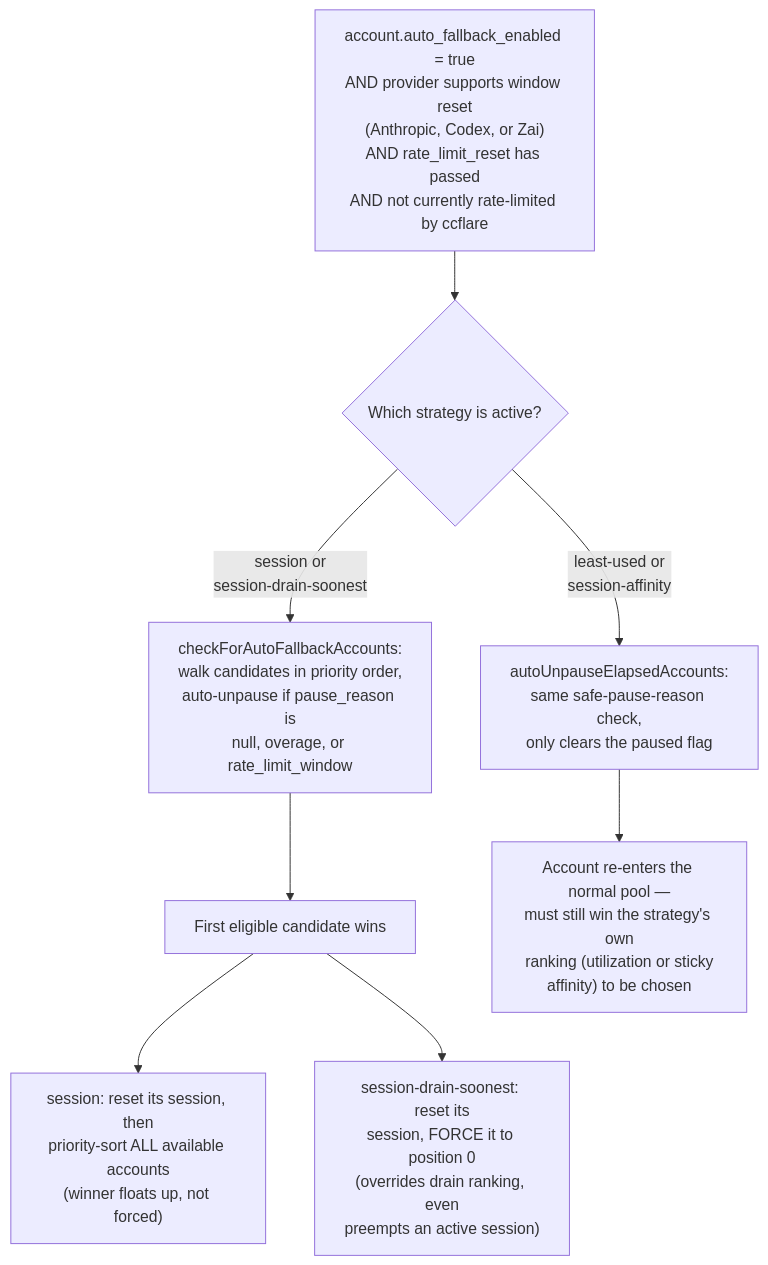
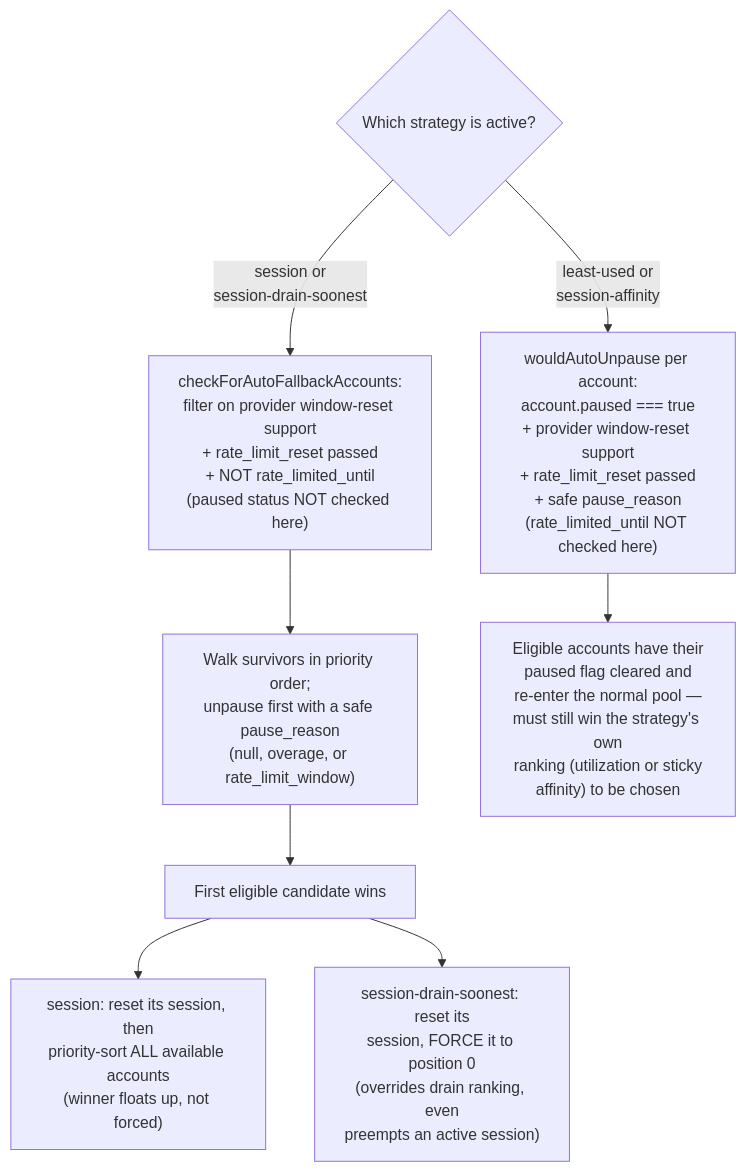
Before and after one commit to tombii/better-ccflare: the eighth of 8 diagrams in docs/routing-architecture.md, drawn with Mermaid. The commit also changed other lines of this file and 1 other file, not shown here.

First line of the commit message:
fix: correct session-affinity null-clientSessionId sticky claim and auto-fallback eligibility parity in routing doc [skip-version]

````diff
--- a/docs/routing-architecture.md
+++ b/docs/routing-architecture.md
@@ -172,10 +175,10 @@
 ```mermaid
 flowchart TD
-    A["account.auto_fallback_enabled = true<br/>AND provider supports window reset<br/>(Anthropic, Codex, or Zai)<br/>AND rate_limit_reset has passed<br/>AND not currently rate-limited by ccflare"] --> B{"Which strategy is active?"}
-    B -->|"session or<br/>session-drain-soonest"| C["checkForAutoFallbackAccounts:<br/>walk candidates in priority order,<br/>auto-unpause if pause_reason is<br/>null, overage, or rate_limit_window"]
+    A{"Which strategy is active?"} -->|"session or<br/>session-drain-soonest"| B["checkForAutoFallbackAccounts:<br/>filter on provider window-reset support<br/>+ rate_limit_reset passed<br/>+ NOT rate_limited_until<br/>(paused status NOT checked here)"]
+    B --> C["Walk survivors in priority order;<br/>unpause first with a safe pause_reason<br/>(null, overage, or rate_limit_window)"]
     C --> D["First eligible candidate wins"]
     D --> E["session: reset its session, then<br/>priority-sort ALL available accounts<br/>(winner floats up, not forced)"]
     D --> F["session-drain-soonest: reset its<br/>session, FORCE it to position 0<br/>(overrides drain ranking, even<br/>preempts an active session)"]
-    B -->|"least-used or<br/>session-affinity"| G["autoUnpauseElapsedAccounts:<br/>same safe-pause-reason check,<br/>only clears the paused flag"]
-    G --> H["Account re-enters the normal pool —<br/>must still win the strategy's own<br/>ranking (utilization or sticky<br/>affinity) to be chosen"]
+    A -->|"least-used or<br/>session-affinity"| G["wouldAutoUnpause per account:<br/>account.paused === true<br/>+ provider window-reset support<br/>+ rate_limit_reset passed<br/>+ safe pause_reason<br/>(rate_limited_until NOT checked here)"]
+    G --> H["Eligible accounts have their<br/>paused flag cleared and<br/>re-enter the normal pool —<br/>must still win the strategy's own<br/>ranking (utilization or sticky<br/>affinity) to be chosen"]
 ```
````
